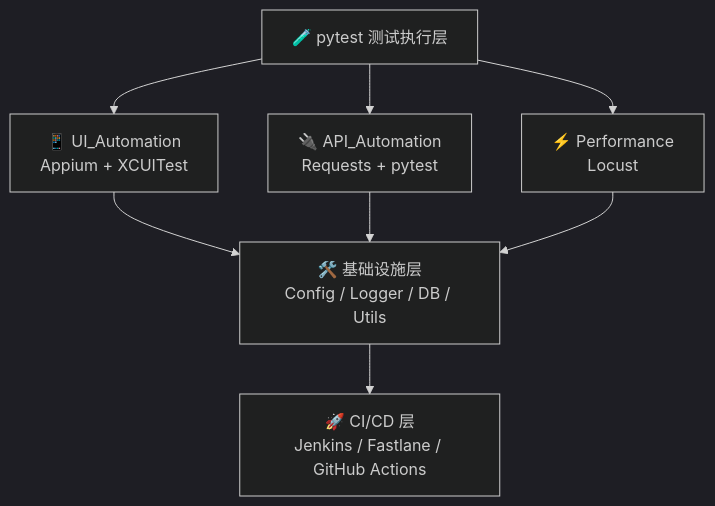
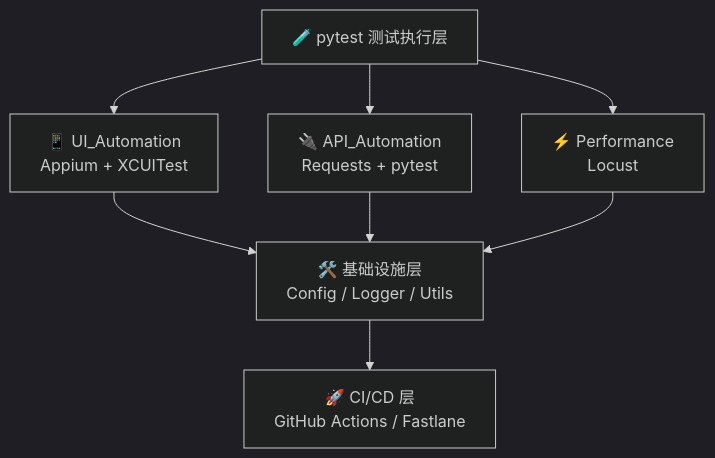
Before and after one commit to qd1332543/iOS-Automation-Framework: the diagram in README.md, drawn with Mermaid (dark theme). The commit also changed other lines of this file, not shown here.

````diff
--- a/README.md
+++ b/README.md
@@ -30,10 +30,10 @@
 ```mermaid
 graph TD
     A[🧪 pytest 测试执行层]
     A --> B[📱 UI_Automation<br/>Appium + XCUITest]
     A --> C[🔌 API_Automation<br/>Requests + pytest]
     A --> D[⚡ Performance<br/>Locust]
 
-    B & C & D --> E[🛠️ 基础设施层<br/>Config / Logger / DB / Utils]
-    E --> F[🚀 CI/CD 层<br/>Jenkins / Fastlane / GitHub Actions]
+    B & C & D --> E[🛠️ 基础设施层<br/>Config / Logger / Utils]
+    E --> F[🚀 CI/CD 层<br/>GitHub Actions / Fastlane]
 ```
````
